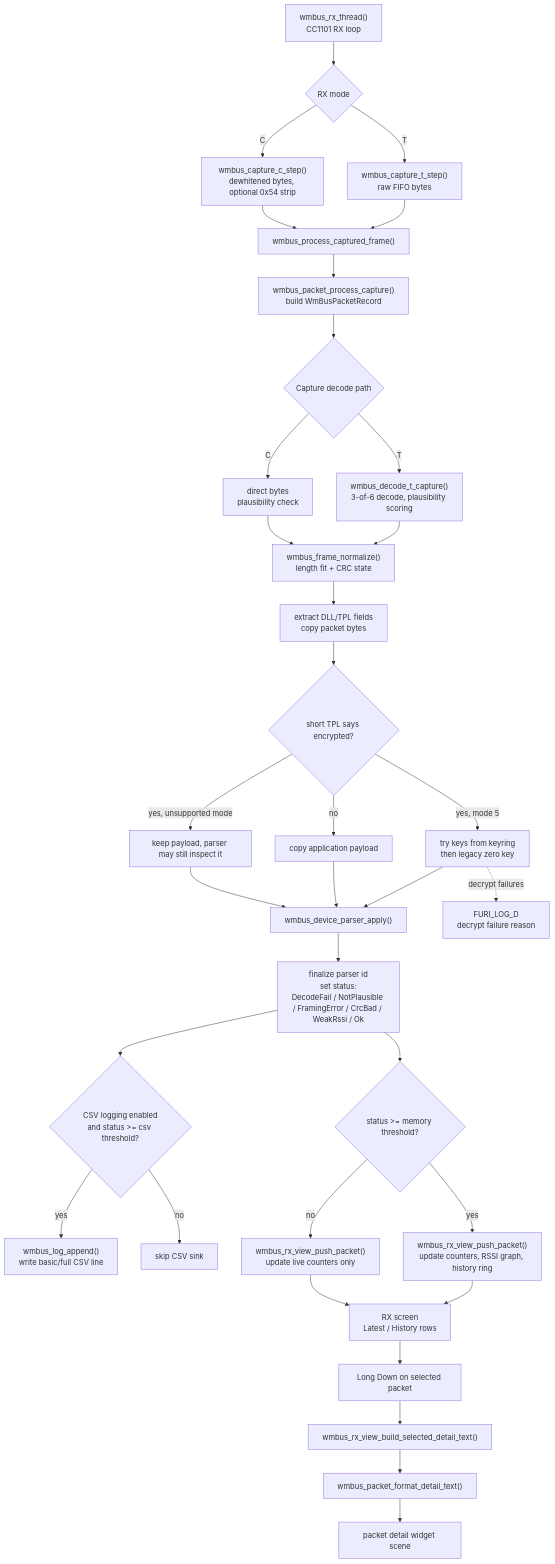
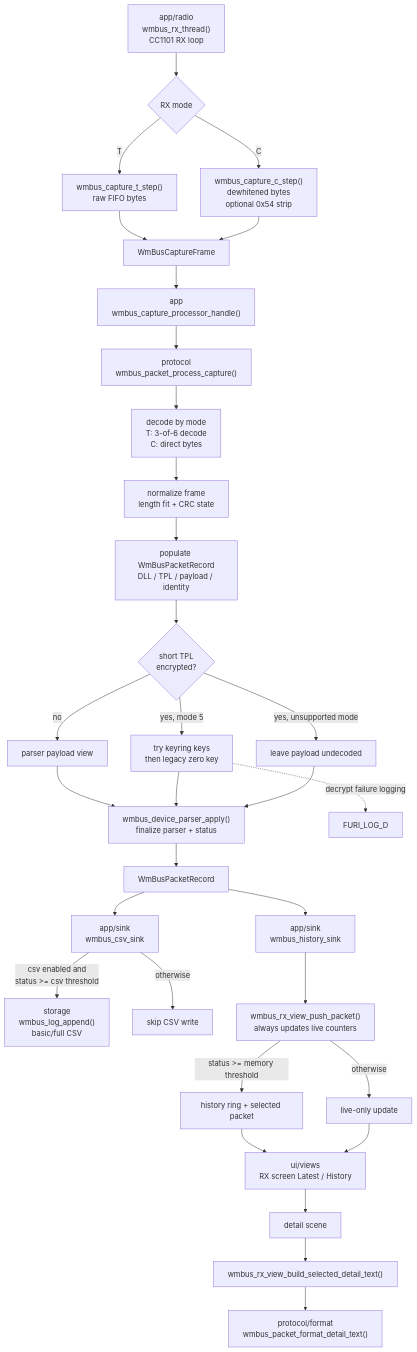
The diagram in applications_user/wmbus_decoder/README.md (maresmar/wmbus-decoder), drawn with Mermaid before and after one commit. The commit also changed 28 other files, not shown here.

Commit message:
Improve architecture

````diff
--- a/applications_user/wmbus_decoder/README.md
+++ b/applications_user/wmbus_decoder/README.md
@@ -121,43 +121,40 @@
 ```mermaid
 flowchart TD
-    A["wmbus_rx_thread()<br/>CC1101 RX loop"] --> B{"RX mode"}
+    A["app/radio<br/>wmbus_rx_thread()<br/>CC1101 RX loop"] --> B{"RX mode"}
     B -->|T| C["wmbus_capture_t_step()<br/>raw FIFO bytes"]
-    B -->|C| D["wmbus_capture_c_step()<br/>dewhitened bytes, optional 0x54 strip"]
-    C --> E["wmbus_process_captured_frame()"]
+    B -->|C| D["wmbus_capture_c_step()<br/>dewhitened bytes<br/>optional 0x54 strip"]
+    C --> E["WmBusCaptureFrame"]
     D --> E
 
-    E --> F["wmbus_packet_process_capture()<br/>build WmBusPacketRecord"]
-    F --> G{"Capture decode path"}
-    G -->|T| H["wmbus_decode_t_capture()<br/>3-of-6 decode, plausibility scoring"]
-    G -->|C| I["direct bytes<br/>plausibility check"]
-    H --> J["wmbus_frame_normalize()<br/>length fit + CRC state"]
-    I --> J
+    E --> F["app<br/>wmbus_capture_processor_handle()"]
+    F --> G["protocol<br/>wmbus_packet_process_capture()"]
 
-    J --> K["extract DLL/TPL fields<br/>copy packet bytes"]
-    K --> L{"short TPL says encrypted?"}
-    L -->|no| M["copy application payload"]
-    L -->|yes, mode 5| N["try keys from keyring<br/>then legacy zero key"]
-    L -->|yes, unsupported mode| O["keep payload, parser may still inspect it"]
-    N --> P["wmbus_device_parser_apply()"]
-    M --> P
-    O --> P
+    G --> H["decode by mode<br/>T: 3-of-6 decode<br/>C: direct bytes"]
+    H --> I["normalize frame<br/>length fit + CRC state"]
+    I --> J["populate WmBusPacketRecord<br/>DLL / TPL / payload / identity"]
+    J --> K{"short TPL<br/>encrypted?"}
+    K -->|no| L["parser payload view"]
+    K -->|yes, mode 5| M["try keyring keys<br/>then legacy zero key"]
+    K -->|yes, unsupported mode| N["leave payload undecoded"]
+    L --> O["wmbus_device_parser_apply()<br/>finalize parser + status"]
+    M --> O
+    N --> O
 
-    P --> Q["finalize parser id<br/>set status:<br/>DecodeFail / NotPlausible / FramingError / CrcBad / WeakRssi / Ok"]
+    O --> P["WmBusPacketRecord"]
+    P --> Q["app/sink<br/>wmbus_csv_sink"]
+    P --> R["app/sink<br/>wmbus_history_sink"]
 
-    Q --> R{"CSV logging enabled<br/>and status >= csv threshold?"}
-    R -->|yes| S["wmbus_log_append()<br/>write basic/full CSV line"]
-    R -->|no| T["skip CSV sink"]
+    Q -->|csv enabled and<br/>status >= csv threshold| S["storage<br/>wmbus_log_append()<br/>basic/full CSV"]
+    Q -->|otherwise| T["skip CSV write"]
 
-    Q --> U{"status >= memory threshold?"}
-    U -->|yes| V["wmbus_rx_view_push_packet()<br/>update counters, RSSI graph, history ring"]
-    U -->|no| W["wmbus_rx_view_push_packet()<br/>update live counters only"]
+    R --> U["wmbus_rx_view_push_packet()<br/>always updates live counters"]
+    U -->|status >= memory threshold| V["history ring + selected packet"]
+    U -->|otherwise| W["live-only update"]
+    V --> X["ui/views<br/>RX screen Latest / History"]
+    W --> X
+    X --> Y["detail scene"]
+    Y --> Z["wmbus_rx_view_build_selected_detail_text()"]
+    Z --> AA["protocol/format<br/>wmbus_packet_format_detail_text()"]
 
-    V --> X["RX screen<br/>Latest / History rows"]
-    W --> X
-    X --> Y["Long Down on selected packet"]
-    Y --> Z["wmbus_rx_view_build_selected_detail_text()"]
-    Z --> AA["wmbus_packet_format_detail_text()"]
-    AA --> AB["packet detail widget scene"]
-
-    N -. decrypt failures .-> AC["FURI_LOG_D<br/>decrypt failure reason"]
+    M -. decrypt failure logging .-> AB["FURI_LOG_D"]
 ```
````
